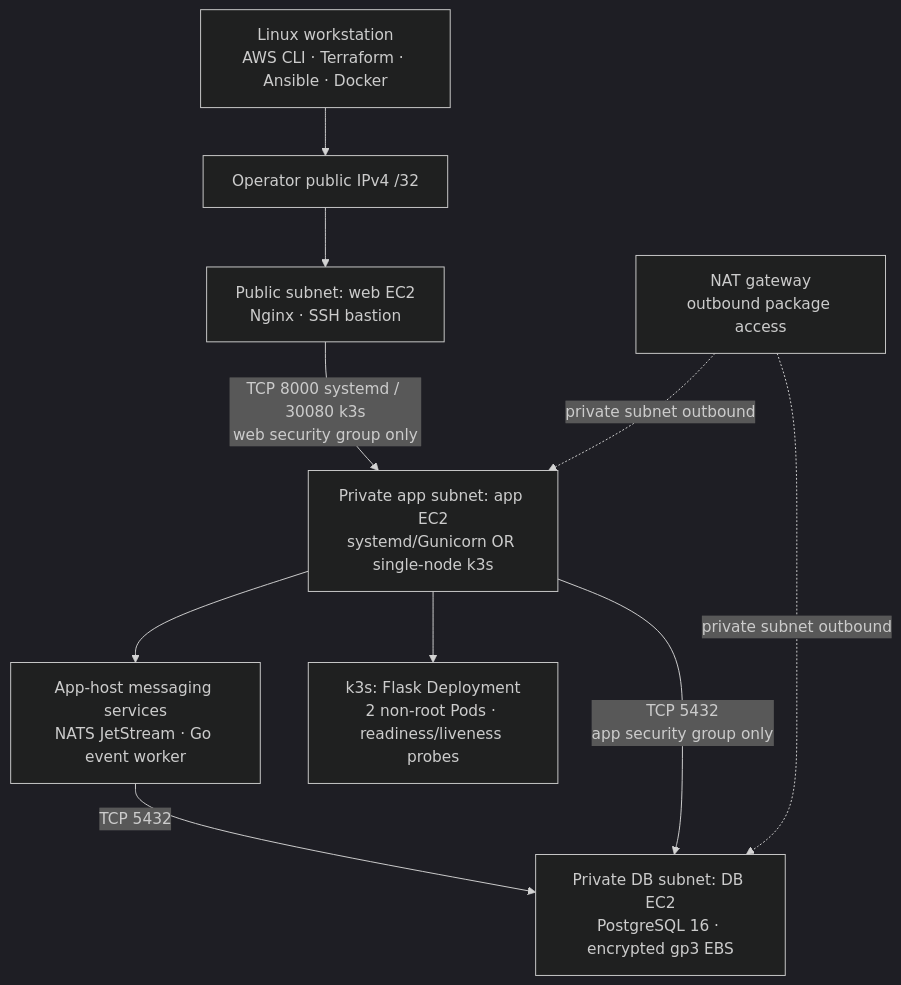
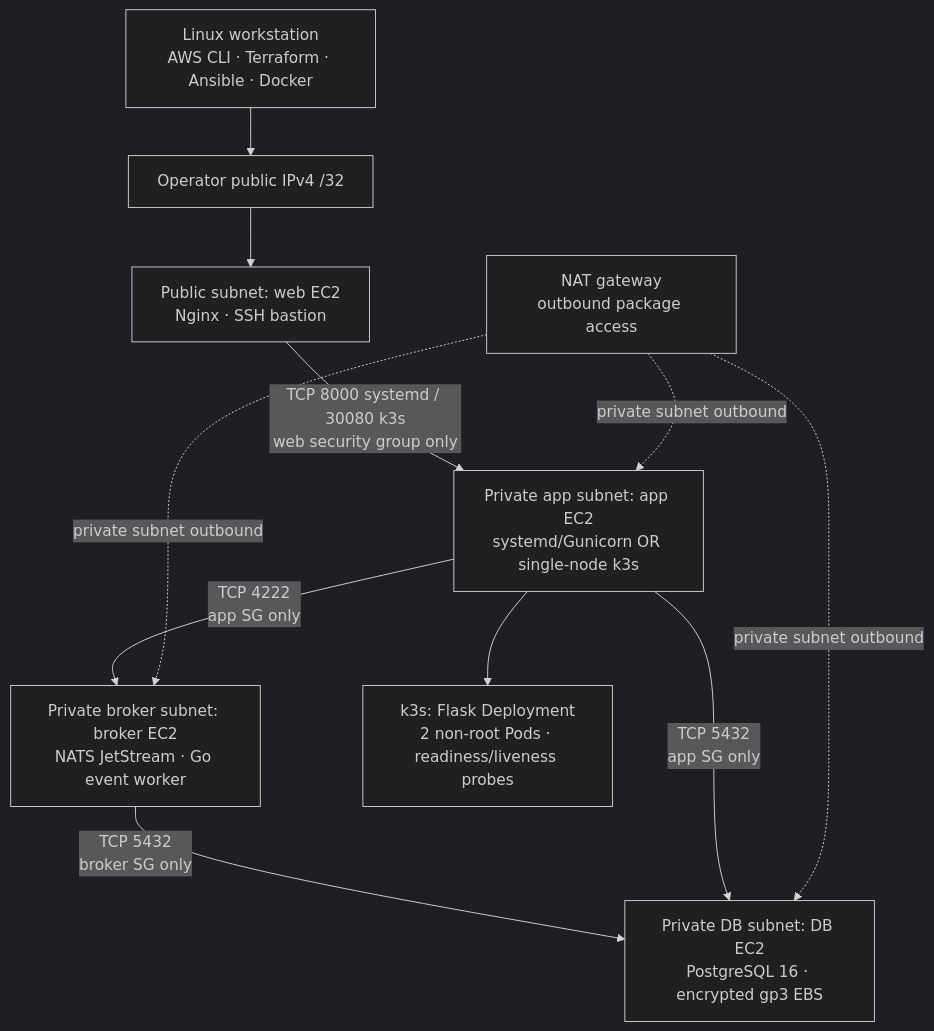
Before and after one commit to BrentDean/cloud-infrastructure-automation: the diagram in README.md, drawn with Mermaid (dark theme). The commit also changed other lines of this file and 15 other files, not shown here.

Commit message:
Add dedicated private messaging broker

````diff
--- a/README.md
+++ b/README.md
@@ -83,19 +83,20 @@
 ```mermaid
 flowchart TD
   Operator["Linux workstation<br/>AWS CLI · Terraform · Ansible · Docker"]
   Internet["Operator public IPv4 /32"]
   Web["Public subnet: web EC2<br/>Nginx · SSH bastion"]
   App["Private app subnet: app EC2<br/>systemd/Gunicorn OR single-node k3s"]
-  Messaging["App-host messaging services<br/>NATS JetStream · Go event worker"]
+  Broker["Private broker subnet: broker EC2<br/>NATS JetStream · Go event worker"]
   Pods["k3s: Flask Deployment<br/>2 non-root Pods · readiness/liveness probes"]
   Database["Private DB subnet: DB EC2<br/>PostgreSQL 16 · encrypted gp3 EBS"]
   NAT["NAT gateway<br/>outbound package access"]
   Operator --> Internet --> Web
   Web -->|"TCP 8000 systemd / 30080 k3s<br/>web security group only"| App
-  App --> Messaging
+  App -->|"TCP 4222<br/>app SG only"| Broker
   App --> Pods
-  Messaging -->|"TCP 5432"| Database
-  App -->|"TCP 5432<br/>app security group only"| Database
+  Broker -->|"TCP 5432<br/>broker SG only"| Database
+  App -->|"TCP 5432<br/>app SG only"| Database
   NAT -. "private subnet outbound" .-> App
+  NAT -. "private subnet outbound" .-> Broker
   NAT -. "private subnet outbound" .-> Database
 ```
````
